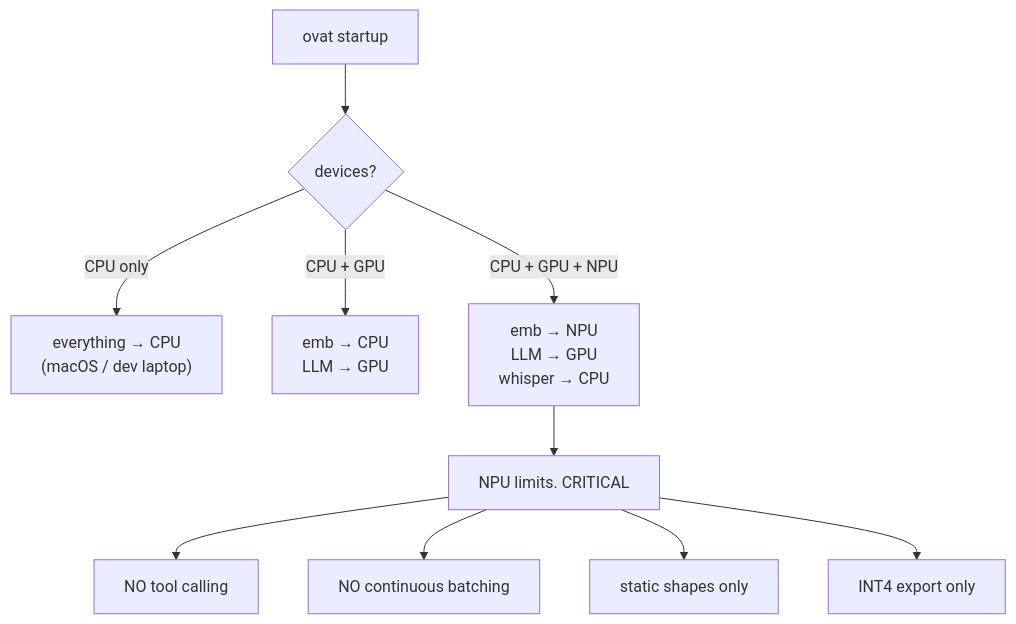
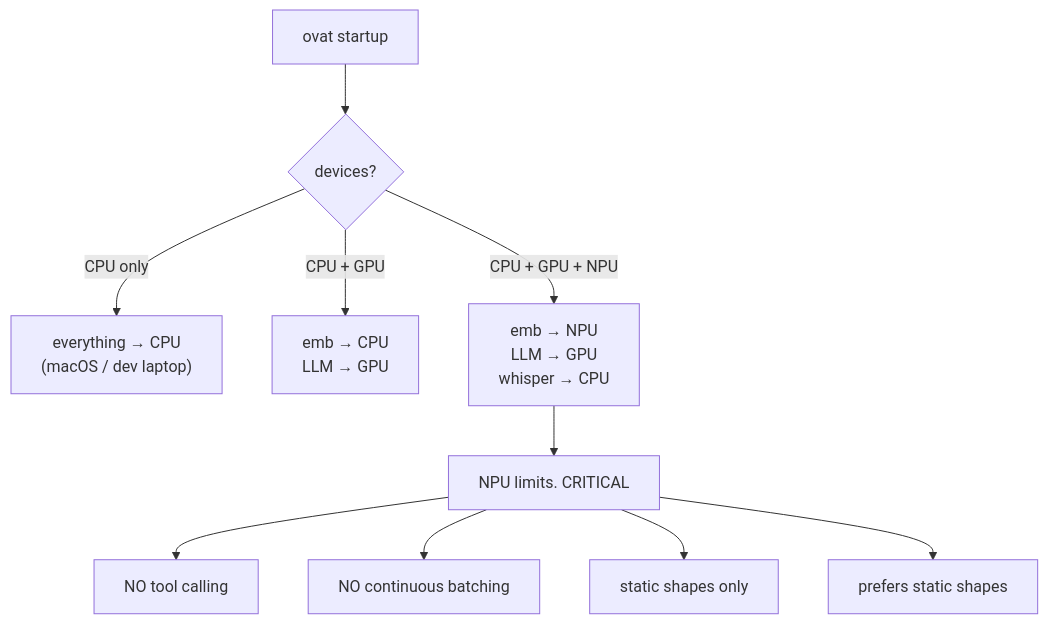
One commit to Lagmator22/ovat changed the eighth of 11 diagrams in docs/ARCHITECTURE.md. Above: the diagram before and after it, drawn with Mermaid. The commit also changed other lines of this file and 4 other files, not shown here.

````diff
--- a/docs/ARCHITECTURE.md
+++ b/docs/ARCHITECTURE.md
@@ -526,13 +526,13 @@
 ```mermaid
 flowchart TD
     Start["ovat startup"] --> Detect{"devices?"}
     Detect -->|"CPU only"| CPUOnly["everything → CPU<br/>(macOS / dev laptop)"]
     Detect -->|"CPU + GPU"| NoNPU["emb → CPU<br/>LLM → GPU"]
     Detect -->|"CPU + GPU + NPU"| Full["emb → NPU<br/>LLM → GPU<br/>whisper → CPU"]
 
     Full --> Limits["NPU limits. CRITICAL"]
     Limits --> L1["NO tool calling"]
     Limits --> L2["NO continuous batching"]
     Limits --> L3["static shapes only"]
-    Limits --> L4["INT4 export only"]
+    Limits --> L4["prefers static shapes"]
 ```
````
